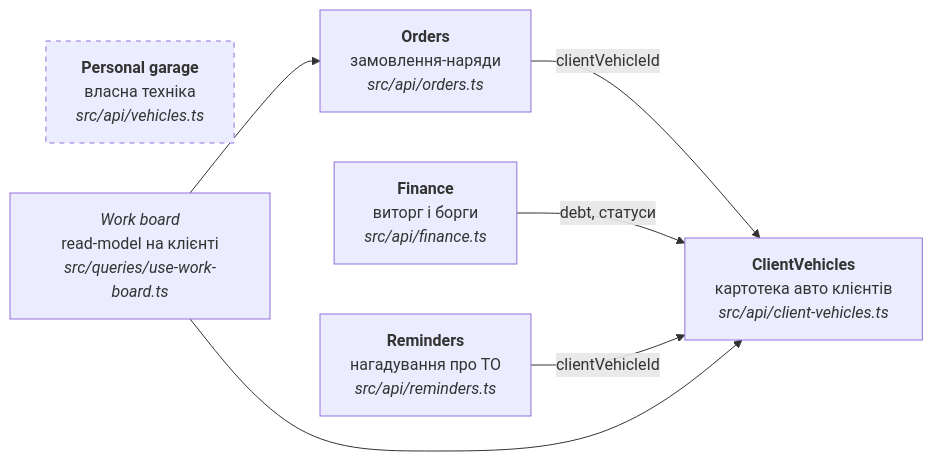
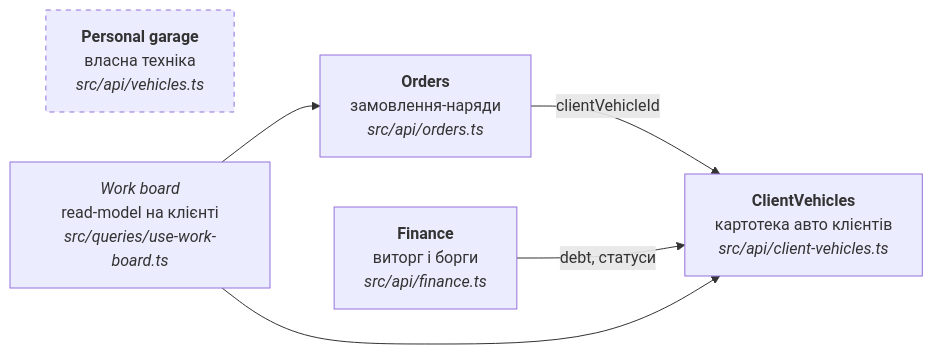
The diagram in docs/atlas/02-domains.md (maksymkrat/GarageOS), drawn with Mermaid before and after one commit. The commit also changed other lines of this file and 38 other files, not shown here.

Commit message:
repo: drop reminders from the client, the API and the database

````diff
--- a/docs/atlas/02-domains.md
+++ b/docs/atlas/02-domains.md
@@ -6,18 +6,16 @@
 ```mermaid
 flowchart LR
     vehicles["<b>ClientVehicles</b><br/>картотека авто клієнтів<br/><i>src/api/client-vehicles.ts</i>"]
     orders["<b>Orders</b><br/>замовлення-наряди<br/><i>src/api/orders.ts</i>"]
     finance["<b>Finance</b><br/>виторг і борги<br/><i>src/api/finance.ts</i>"]
-    reminders["<b>Reminders</b><br/>нагадування про ТО<br/><i>src/api/reminders.ts</i>"]
     personal["<b>Personal garage</b><br/>власна техніка<br/><i>src/api/vehicles.ts</i>"]
     board["<i>Work board</i><br/>read-model на клієнті<br/><i>src/queries/use-work-board.ts</i>"]
 
     orders -->|clientVehicleId| vehicles
     finance -->|debt, статуси| vehicles
-    reminders -->|clientVehicleId| vehicles
     board --> vehicles
     board --> orders
 
     personal:::isolated
     classDef isolated stroke-dasharray: 5 5
 ```
````
